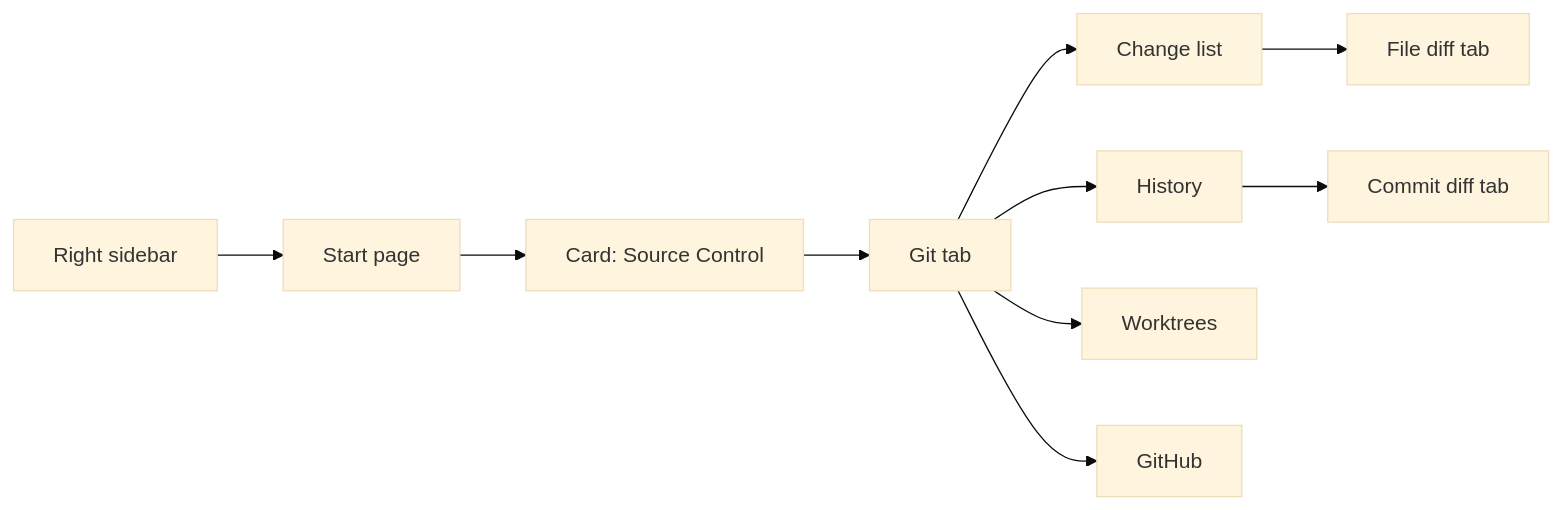
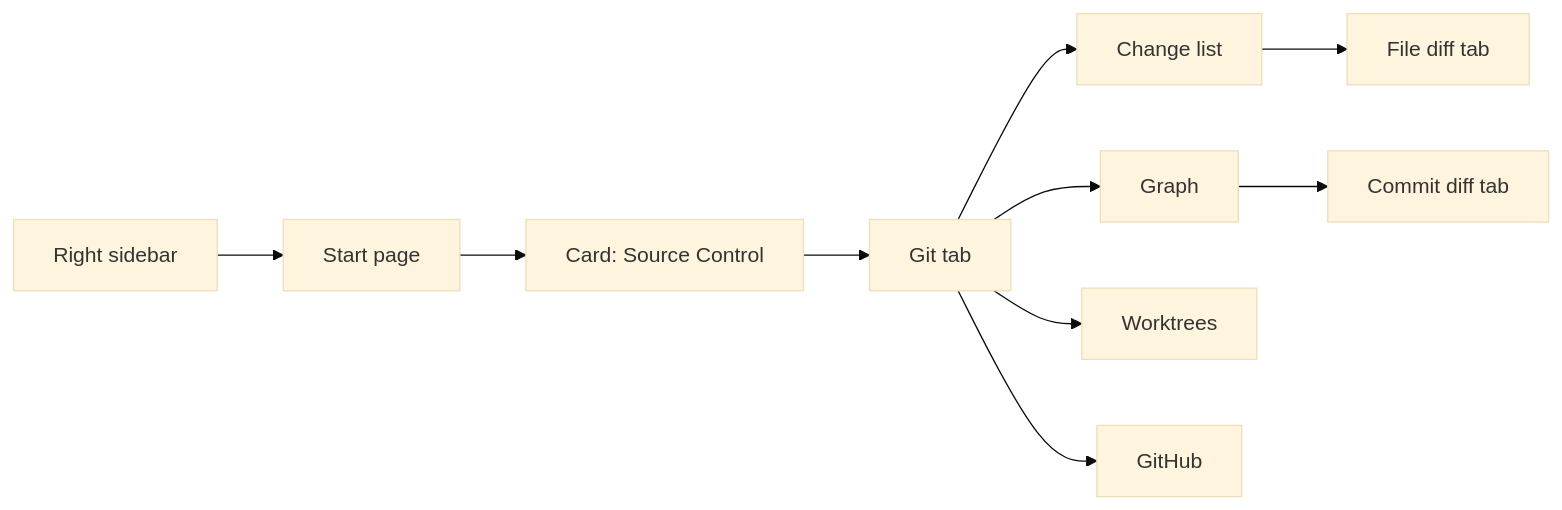
One commit to ET921/dsh-git-management changed the first of 5 diagrams in README.en.md. Above: the diagram before and after it, drawn with Mermaid (base theme). The commit also changed other lines of this file and 12 other files, not shown here.

First line of the commit message:
feat/graph-collaboration : 顯示同事分支並修好按鈕字色

````diff
--- a/README.en.md
+++ b/README.en.md
@@ -22,12 +22,12 @@
 ```mermaid
 flowchart LR
   A["Right sidebar"] --> B["Start page"]
   B --> C["Card: Source Control"]
   C --> D["Git tab"]
   D --> E["Change list"]
-  D --> F["History"]
+  D --> F["Graph"]
   D --> G["Worktrees"]
   D --> H["GitHub"]
   E --> I["File diff tab"]
   F --> J["Commit diff tab"]
 ```
````
